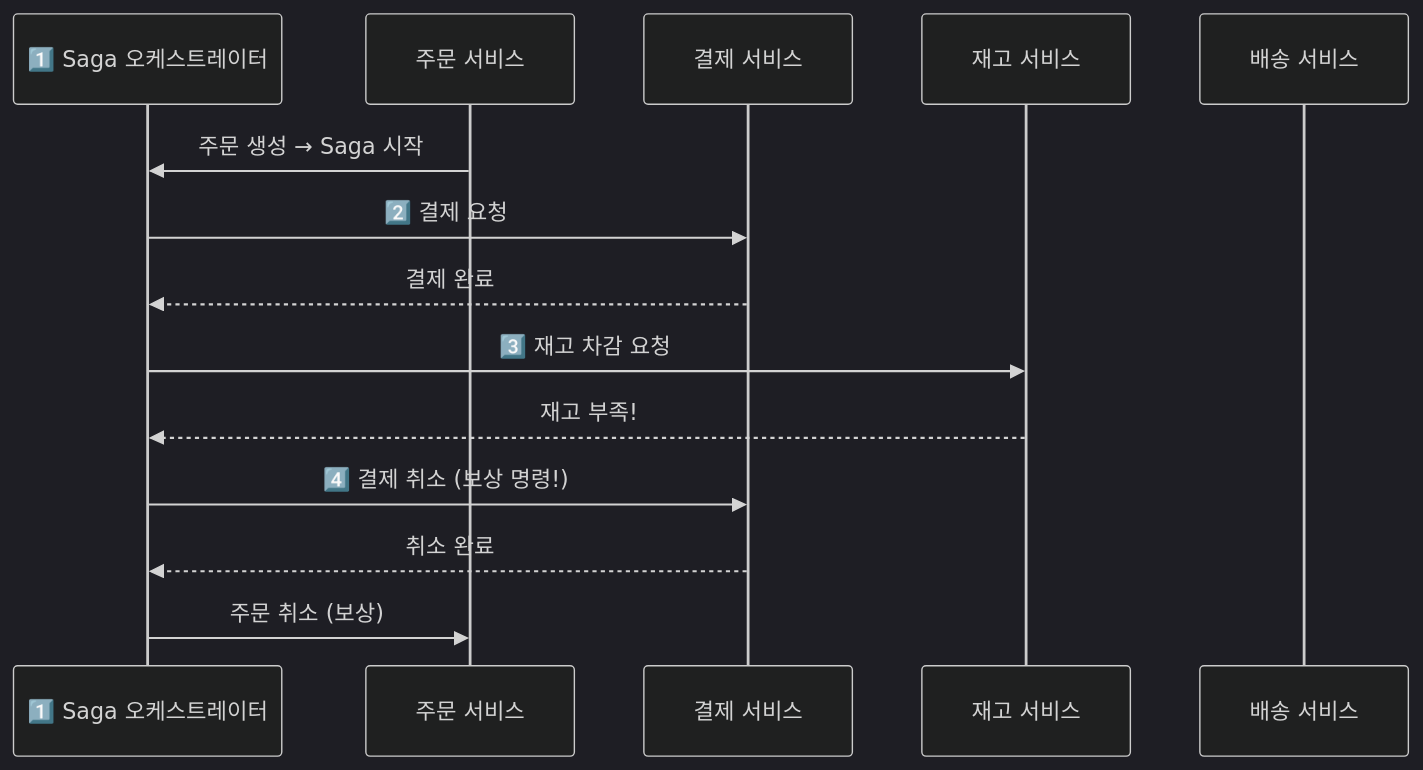
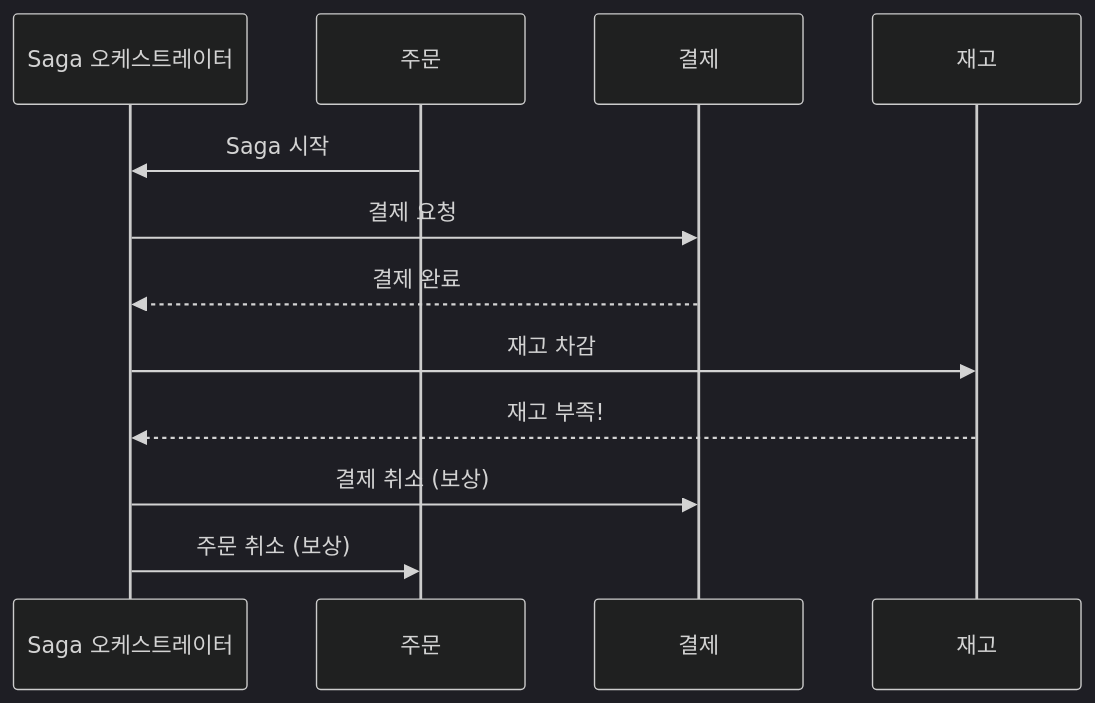
Before and after one commit to yjkim2015/yjkim2015.github.io: the seventh of 14 diagrams in _posts/architecture/2026-05-02-distributed-transaction-deep.md, drawn with Mermaid (dark theme). The commit also changed other lines of this file and 215 other files, not shown here.

First line of the commit message:
신규 포스트 10개 추가 + Mermaid 전면 축소 + SystemDesign 시리즈 보강

````diff
--- a/_posts/architecture/2026-05-02-distributed-transaction-deep.md
+++ b/_posts/architecture/2026-05-02-distributed-transaction-deep.md
@@ -236,17 +189,14 @@
 ```mermaid
 sequenceDiagram
-    participant Orch as 1️⃣ Saga 오케스트레이터
-    participant OS as 주문 서비스
-    participant PS as 결제 서비스
-    participant IS as 재고 서비스
-    participant DS as 배송 서비스
-
-    OS->>Orch: 주문 생성 → Saga 시작
-    Orch->>PS: 2️⃣ 결제 요청
+    participant Orch as Saga 오케스트레이터
+    participant OS as 주문
+    participant PS as 결제
+    participant IS as 재고
+    OS->>Orch: Saga 시작
+    Orch->>PS: 결제 요청
     PS-->>Orch: 결제 완료
-    Orch->>IS: 3️⃣ 재고 차감 요청
+    Orch->>IS: 재고 차감
     IS-->>Orch: 재고 부족!
-    Orch->>PS: 4️⃣ 결제 취소 (보상 명령!)
-    PS-->>Orch: 취소 완료
+    Orch->>PS: 결제 취소 (보상)
     Orch->>OS: 주문 취소 (보상)
 ```
````
